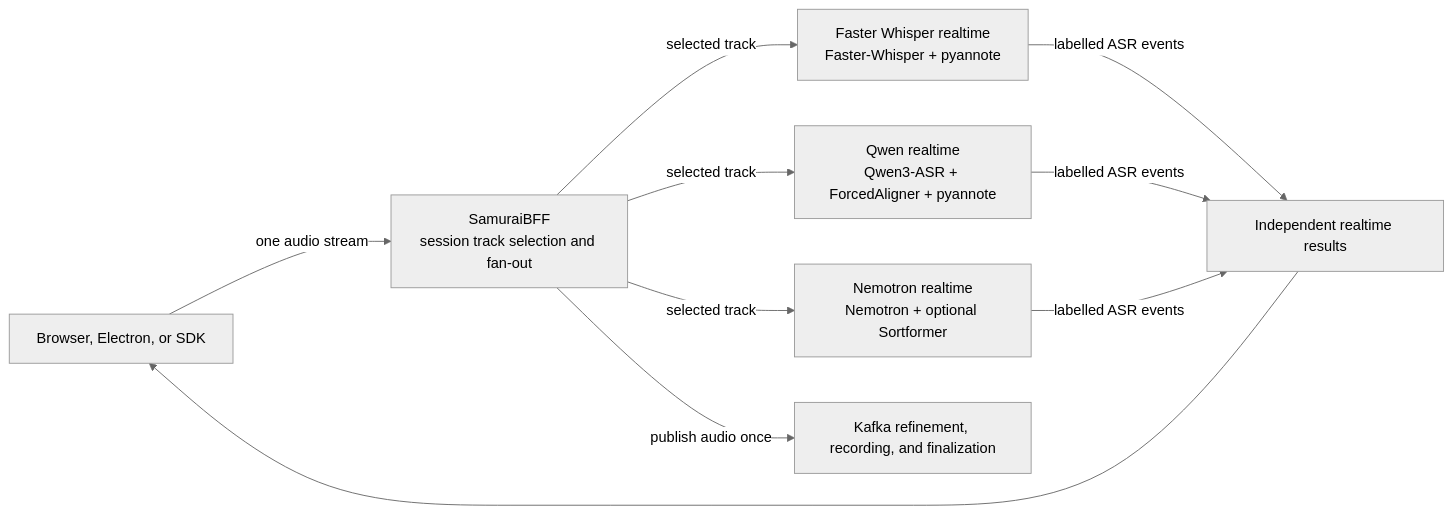
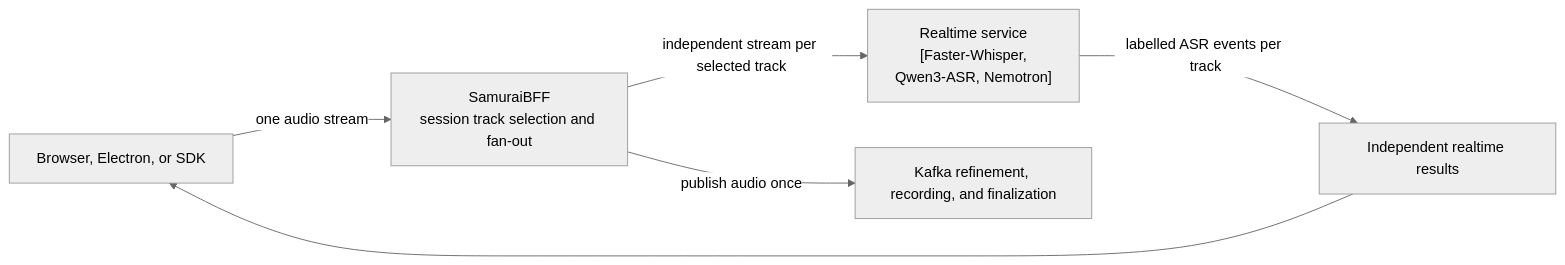
One commit to nanosamurai/nanosamurai changed the second of 2 diagrams in README.md. Above: the diagram before and after it, drawn with Mermaid (neutral theme). The commit also changed other lines of this file and 1 other file, not shown here.

Commit message:
Simplify speech service architecture diagrams

````diff
--- a/README.md
+++ b/README.md
@@ -187,12 +182,8 @@
 ```mermaid
 flowchart LR
-    Client["Browser, Electron, or SDK"] -->|"one audio stream"| BFF["SamuraiBFF\nsession track selection and fan-out"]
-    BFF -->|"selected track"| Faster["Faster Whisper realtime\nFaster-Whisper + pyannote"]
-    BFF -->|"selected track"| Qwen["Qwen realtime\nQwen3-ASR + ForcedAligner + pyannote"]
-    BFF -->|"selected track"| Nemotron["Nemotron realtime\nNemotron + optional Sortformer"]
-    Faster -->|"labelled ASR events"| Results["Independent realtime results"]
-    Qwen -->|"labelled ASR events"| Results
-    Nemotron -->|"labelled ASR events"| Results
+    Client["Browser, Electron, or SDK"] -->|"one audio stream"| BFF["SamuraiBFF<br/>session track selection and fan-out"]
+    BFF -->|"independent stream per selected track"| RealtimeService["Realtime service<br/>[Faster-Whisper,<br/>Qwen3-ASR, Nemotron]"]
+    RealtimeService -->|"labelled ASR events per track"| Results["Independent realtime results"]
     Results --> Client
     BFF -->|"publish audio once"| Async["Kafka refinement, recording, and finalization"]
 ```
````
